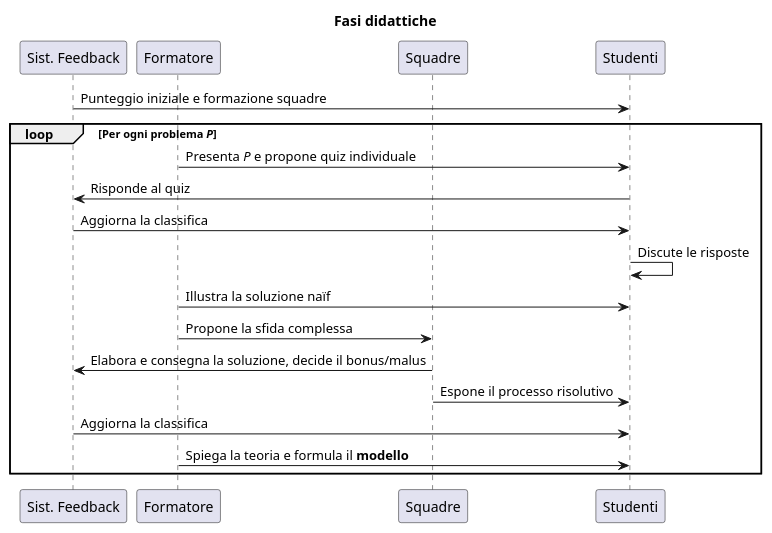
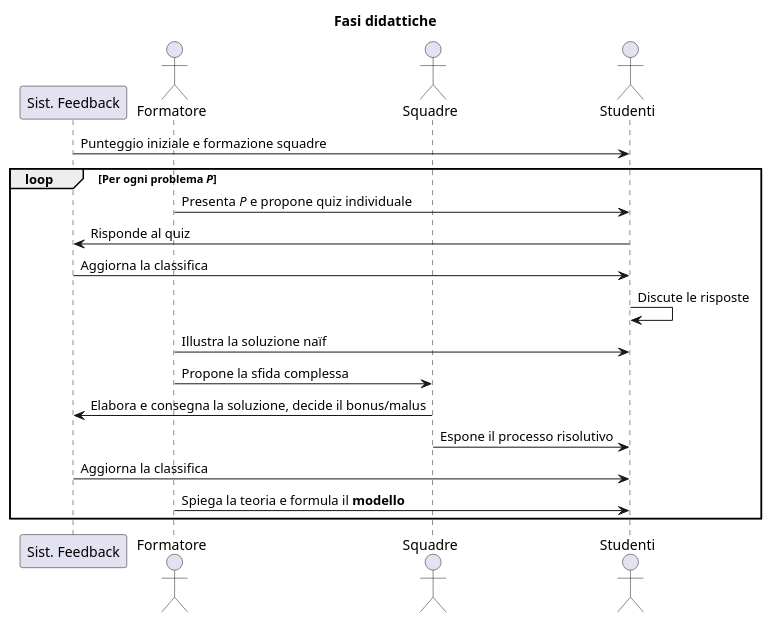
Before and after one commit to gionatamassibenincasa/il-modello-tra-problema-e-soluzione: the diagram in assets/sequenza_fasi_didattiche.puml, drawn with PlantUML. The commit also changed 7 other files, not shown here.

```diff
--- a/assets/sequenza_fasi_didattiche.puml
+++ b/assets/sequenza_fasi_didattiche.puml
@@ -1,25 +1,25 @@
 @startuml
 title Fasi didattiche
 
 ' autonumber
 
 participant "Sist. Feedback" as S
-participant "Formatore" as I
-participant "Squadre" as G
-participant "Studenti" as C
+actor "Formatore" as I
+actor "Squadre" as G
+actor "Studenti" as C
 
 S -> C: Punteggio iniziale e formazione squadre
 
 loop Per ogni problema //P//
     I -> C: Presenta //P// e propone quiz individuale
     C -> S: Risponde al quiz
     S -> C: Aggiorna la classifica
     C -> C: Discute le risposte
     I -> C: Illustra la soluzione naïf
     I -> G: Propone la sfida complessa
     G -> S: Elabora e consegna la soluzione, decide il bonus/malus
     G -> C: Espone il processo risolutivo
     S -> C: Aggiorna la classifica
     I -> C: Spiega la teoria e formula il **modello**
 end
 @enduml
```
